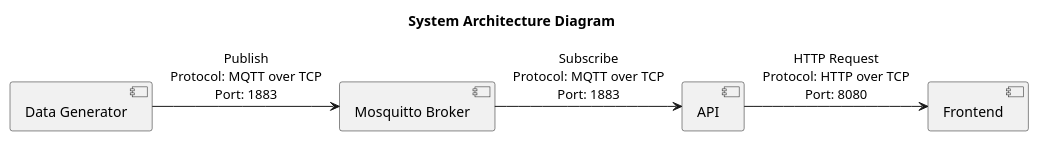
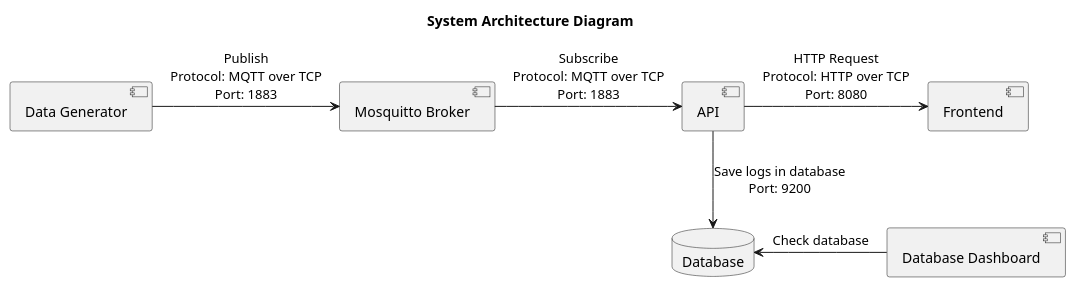
Before and after one commit to Laurapav1/smrs: the diagram in architecture/overview.pu, drawn with PlantUML. The commit also changed 5 other files, not shown here.

```diff
--- a/architecture/overview.pu
+++ b/architecture/overview.pu
@@ -1,13 +1,17 @@
 @startuml System Architecture Diagram
 title System Architecture Diagram
 
 component "Data Generator" as DataGen
 component "Mosquitto Broker" as Mosquitto
 component "API" as API
+database "Database" as Db
+component "Database Dashboard" as DbDashboard
 component "Frontend" as Frontend
 
 DataGen -> Mosquitto : Publish\nProtocol: MQTT over TCP\nPort: 1883
 Mosquitto -> API : Subscribe\nProtocol: MQTT over TCP\nPort: 1883
+API -d-> Db : Save logs in database\nPort: 9200
+Db <-r- DbDashboard : Check database
 API -> Frontend : HTTP Request\nProtocol: HTTP over TCP\nPort: 8080
 
 @enduml
```
